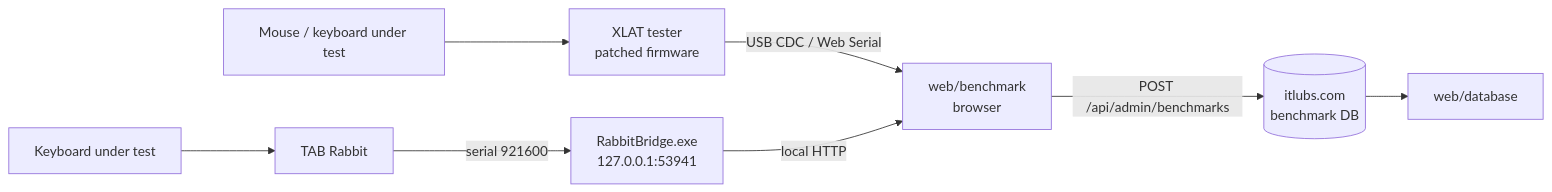
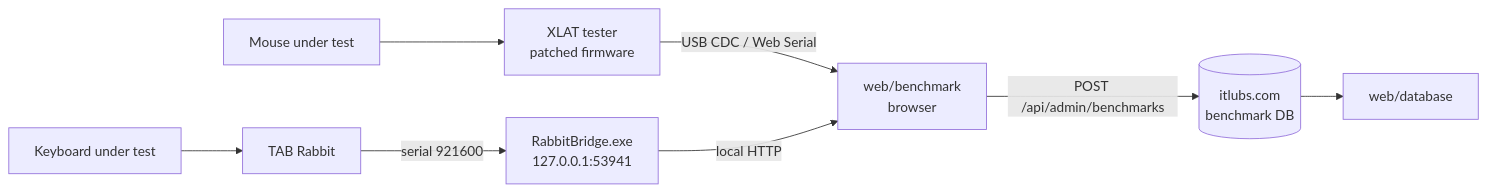
The diagram in README.md (lubydubybubu/itlubs-xlat-benchmark), drawn with Mermaid before and after one commit. The commit also changed other lines of this file, not shown here.

Commit message:
docs: describe keyboard (TAB Rabbit solenoid) measurement path

````diff
--- a/README.md
+++ b/README.md
@@ -18,10 +22,10 @@
 ```mermaid
 flowchart LR
-  M[Mouse / keyboard under test] --> X[XLAT tester<br/>patched firmware]
+  M[Mouse under test] --> X[XLAT tester<br/>patched firmware]
   X -- USB CDC / Web Serial --> W[web/benchmark<br/>browser]
   M2[Keyboard under test] --> R[TAB Rabbit]
   R -- serial 921600 --> B[RabbitBridge.exe<br/>127.0.0.1:53941]
   B -- local HTTP --> W
   W -- POST /api/admin/benchmarks --> S[(itlubs.com<br/>benchmark DB)]
   S --> D[web/database]
 ```
````
